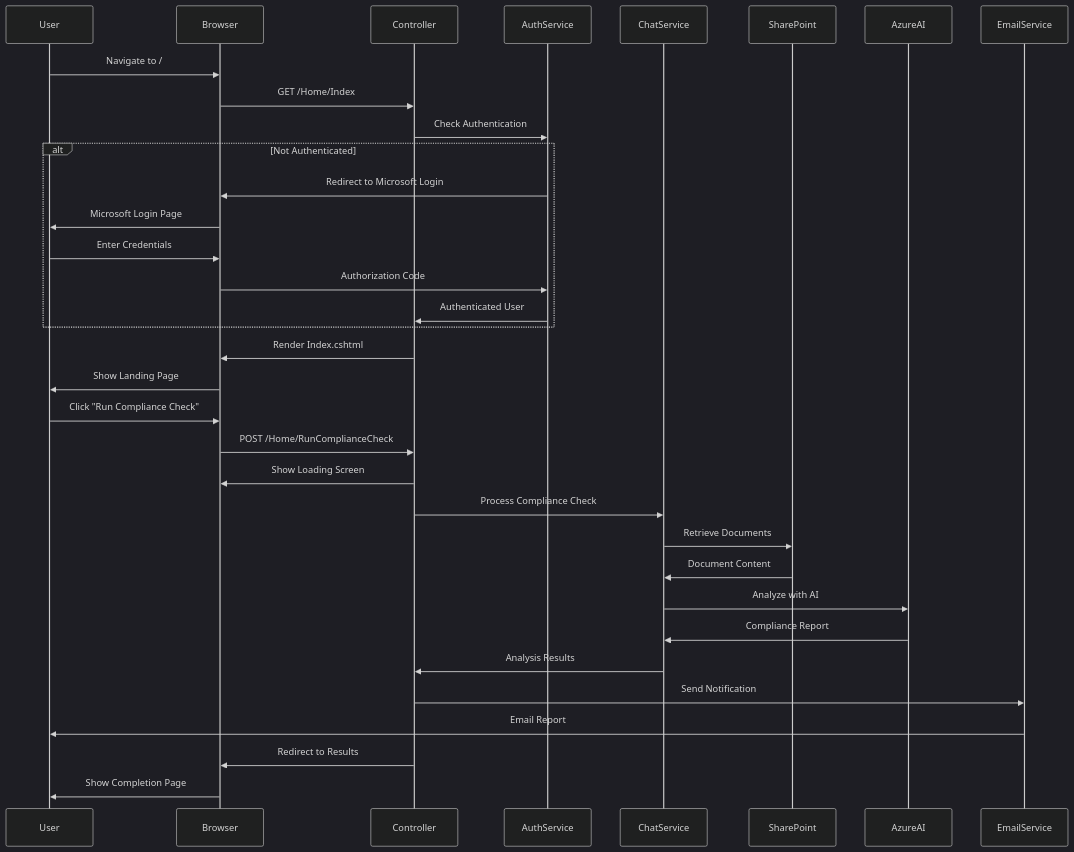
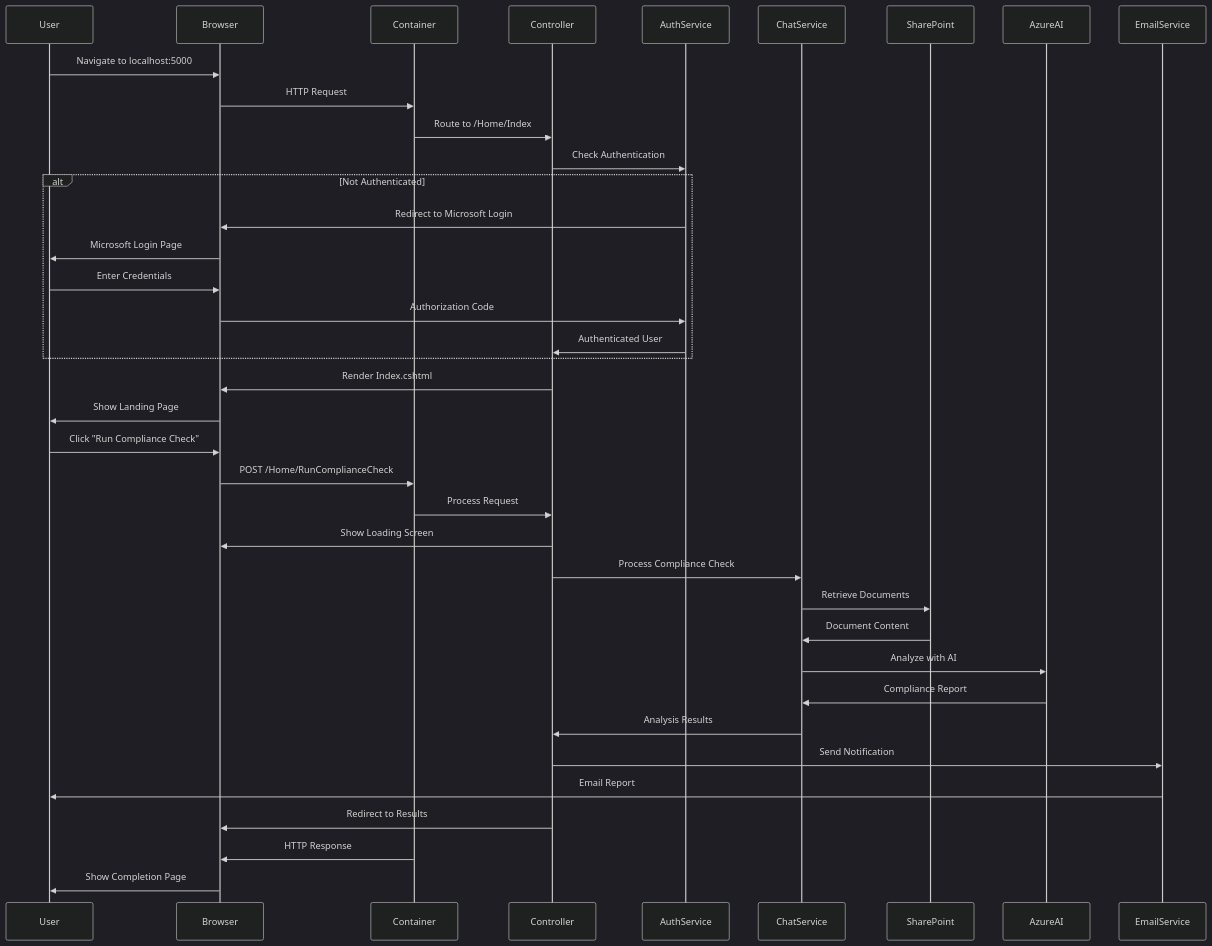
One commit to tmarwendo-microsoft/SPAgentWithRetrieval changed the second of 2 diagrams in ARCHITECTURE.md. Above: the diagram before and after it, drawn with Mermaid (dark theme). The commit also changed other lines of this file and 1 other file, not shown here.

Commit message:
Update REAADME.md and ARCHITECTURE.md

````diff
--- a/ARCHITECTURE.md
+++ b/ARCHITECTURE.md
@@ -214,43 +197,47 @@
 ```mermaid
 sequenceDiagram
     participant User
     participant Browser
+    participant Container
     participant Controller
     participant AuthService
     participant ChatService
     participant SharePoint
     participant AzureAI
     participant EmailService
 
-    User->>Browser: Navigate to /
-    Browser->>Controller: GET /Home/Index
+    User->>Browser: Navigate to localhost:5000
+    Browser->>Container: HTTP Request
+    Container->>Controller: Route to /Home/Index
     Controller->>AuthService: Check Authentication
     
     alt Not Authenticated
         AuthService->>Browser: Redirect to Microsoft Login
         Browser->>User: Microsoft Login Page
         User->>Browser: Enter Credentials
         Browser->>AuthService: Authorization Code
         AuthService->>Controller: Authenticated User
     end
     
     Controller->>Browser: Render Index.cshtml
     Browser->>User: Show Landing Page
     
     User->>Browser: Click "Run Compliance Check"
-    Browser->>Controller: POST /Home/RunComplianceCheck
+    Browser->>Container: POST /Home/RunComplianceCheck
+    Container->>Controller: Process Request
     Controller->>Browser: Show Loading Screen
     
     Controller->>ChatService: Process Compliance Check
     ChatService->>SharePoint: Retrieve Documents
     SharePoint->>ChatService: Document Content
     ChatService->>AzureAI: Analyze with AI
     AzureAI->>ChatService: Compliance Report
     ChatService->>Controller: Analysis Results
     
     Controller->>EmailService: Send Notification
     EmailService->>User: Email Report
     
     Controller->>Browser: Redirect to Results
+    Container->>Browser: HTTP Response
     Browser->>User: Show Completion Page
 ```
````
